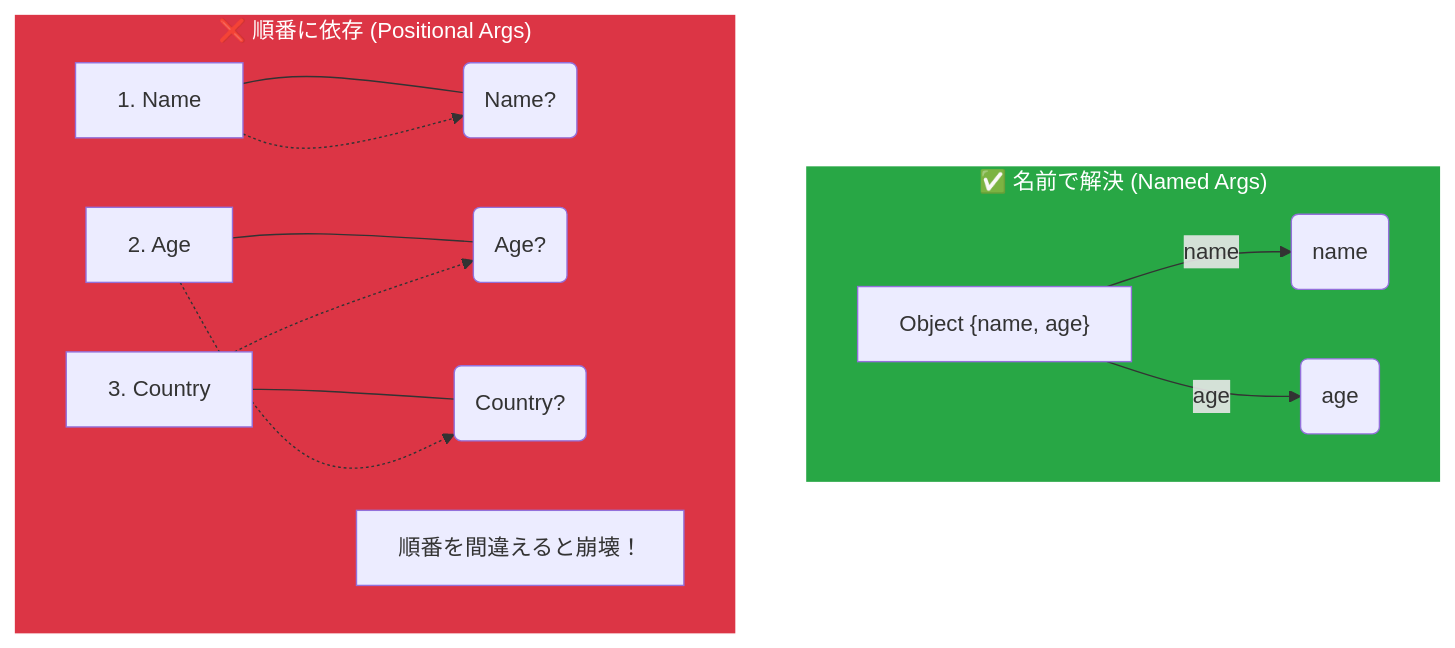
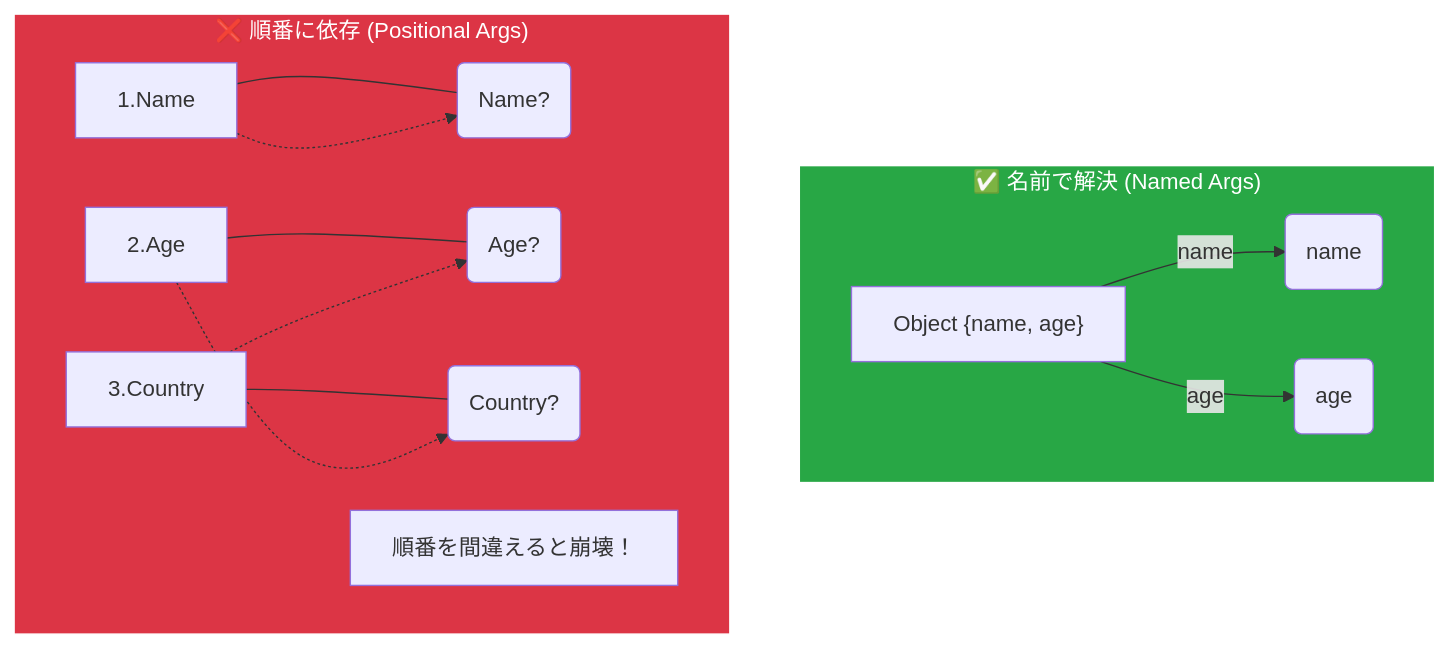
One commit to komiyamma/site_ichika_destruct-spread-named-rest changed the diagram in D06.md. Above: the diagram before and after it, drawn with Mermaid.

Commit message:
docs(D06): Mermaid図の位置引数ラベルの間隔を詰める

````diff
--- a/D06.md
+++ b/D06.md
@@ -27,24 +27,24 @@
 ```mermaid
 flowchart TD
     subgraph Good["✅ 名前で解決 (Named Args)"]
     direction LR
     Obj["Object {name, age}"] 
     Obj -- name --> TargetName(name)
     Obj -- age --> TargetAge(age)
     end
 
     subgraph Bad["❌ 順番に依存 (Positional Args)"]
     direction LR
-    Arg1["1. Name"] --- Slot1("Name?")
-    Arg2["2. Age"] --- Slot2("Age?")
-    Arg3["3. Country"] --- Slot3("Country?")
+    Arg1["1.Name"] --- Slot1("Name?")
+    Arg2["2.Age"] --- Slot2("Age?")
+    Arg3["3.Country"] --- Slot3("Country?")
     Arg1 -.-> Slot1
     Arg2 -.-> Slot3
     Arg3 -.-> Slot2
     Note["順番を間違えると崩壊！"]
     end
 
 
     style Bad fill:#dc3545,stroke:#fff,color:#fff
     style Good fill:#28a745,stroke:#fff,color:#fff
 ```
````
